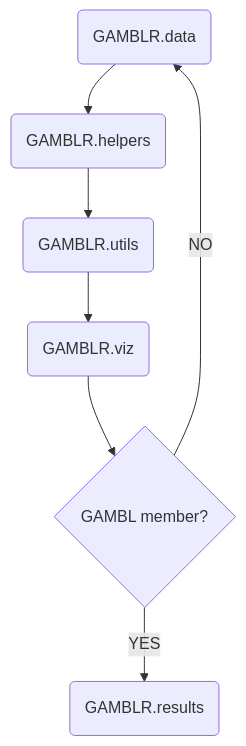
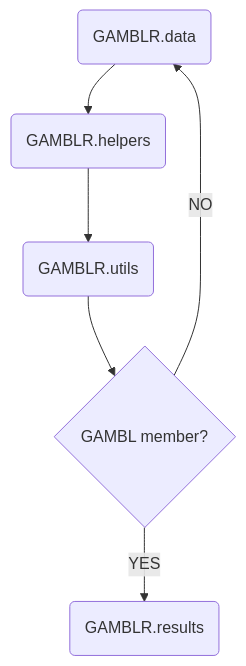
One commit to morinlab/morinlab-presentation changed the diagram in template.qmd. Above: the diagram before and after it, drawn with Mermaid. The commit also changed other lines of this file, not shown here.

Commit message:
simplify mermaid diagram

````diff
--- a/template.qmd
+++ b/template.qmd
@@ -191,9 +191,8 @@
 ```{mermaid}
 flowchart TD
   A("GAMBLR.data") --> B("GAMBLR.helpers")
   B --> C("GAMBLR.utils")
-  C --> D("GAMBLR.viz")
-  D --> E{"GAMBL member?"}
+  C --> E{"GAMBL member?"}
   E -- YES --> F("GAMBLR.results")
   E -- NO --> A
 ```
````
